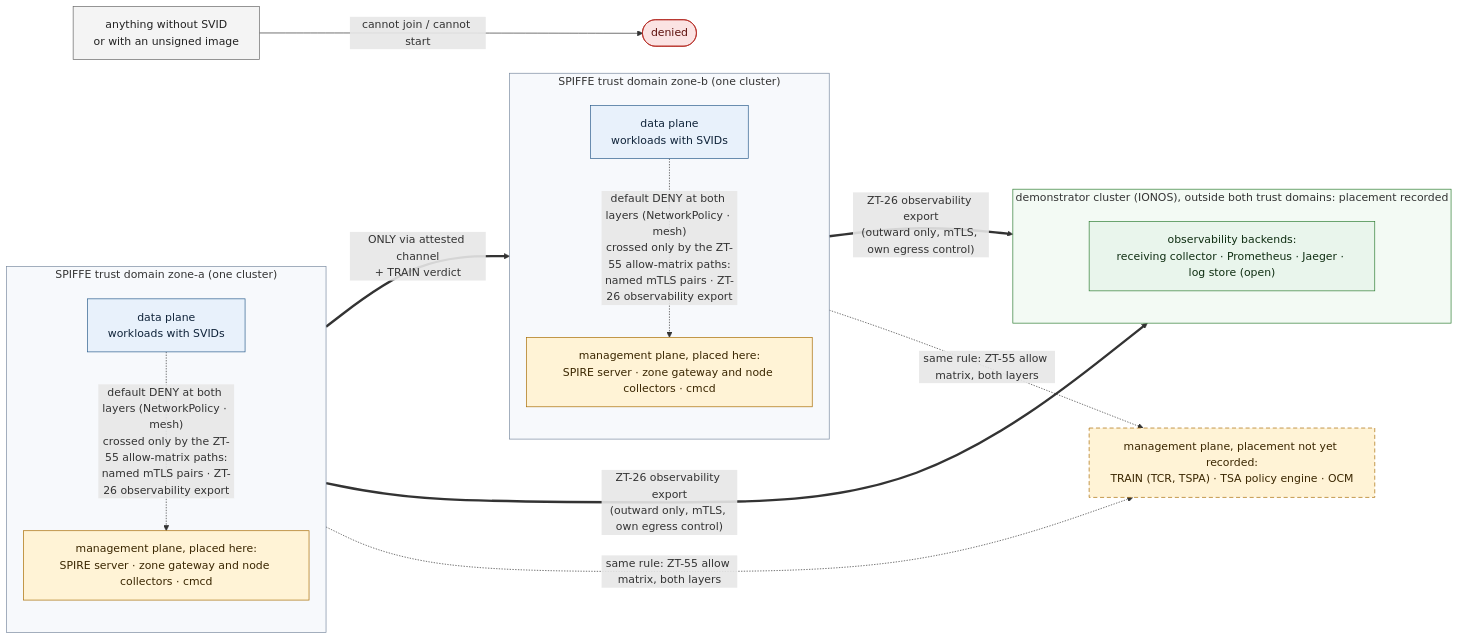
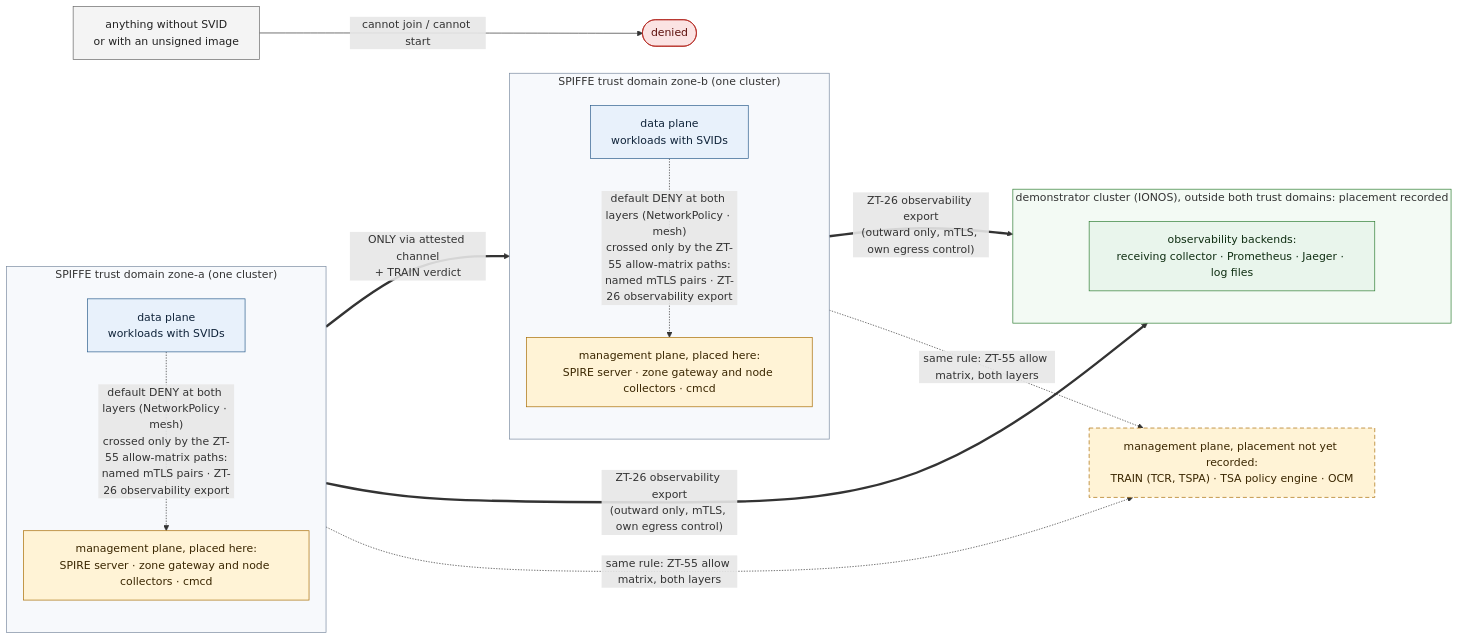
The diagram in docs/diagrams/03-trust-boundaries.mmd (blopes-atals/facis-zero-trust-demonstrator), drawn with Mermaid before and after one commit. The commit also changed 19 other files, not shown here.

First line of the commit message:
Export each zone's logs to files on the demonstrator cluster

```diff
--- a/docs/diagrams/03-trust-boundaries.mmd
+++ b/docs/diagrams/03-trust-boundaries.mmd
@@ -1,55 +1,55 @@
 %% Render: docker run --rm -u "$(id -u):$(id -g)" -v "$PWD/docs/diagrams:/data" minlag/mermaid-cli --no-font-embed -i /data/03-trust-boundaries.mmd -o /data/03-trust-boundaries.svg (or, with a local Chrome: npx -y -p @mermaid-js/mermaid-cli mmdc --no-font-embed -i docs/diagrams/03-trust-boundaries.mmd -o docs/diagrams/03-trust-boundaries.svg)
 %% Diagram 03, trust boundaries. Illustrates ARCHITECTURE section 6; the allow matrix and the bypass list there are the place of record.
 %% Edges are drawn at zone level so that each zone keeps its own top-to-bottom layout (Mermaid ignores a subgraph direction once a node inside it links outside).
 %% --no-font-embed: the embedded webfont is measured before it loads, which clips the widest line of every label in browsers.
 %%{init: {"flowchart": {"nodeSpacing": 30, "rankSpacing": 70, "wrappingWidth": 360}}}%%
 flowchart LR
   accTitle: Diagram 03, trust boundaries between the zones and the planes
   accDescr {
     Two SPIFFE trust domains, zone-a and zone-b, each one cluster. Inside each zone the data-plane workloads, which hold SVIDs, sit next to the management-plane components placed in that zone: the SPIRE server, the zone gateway and node collectors (OpenTelemetry) and cmcd. Calls from the data plane into that management plane are denied by default at both the NetworkPolicy and the mesh layer and are allowed only along the ZT-55 allow-matrix paths: named mTLS pairs and the ZT-26 observability export.
     Zone-a reaches zone-b only through the attested channel plus a TRAIN verdict.
-    The demonstrator cluster (IONOS), outside both trust domains, holds the observability backends: the receiving collector, Prometheus, Jaeger and a log store still open. Each zone exports telemetry to it outward only, a ZT-26 declared bypass with mutual TLS and its own egress control; no edge leads from it into a zone.
+    The demonstrator cluster (IONOS), outside both trust domains, holds the observability backends: the receiving collector, Prometheus, Jaeger and the log files of every zone. Each zone exports telemetry to it outward only, a ZT-26 declared bypass with mutual TLS and its own egress control; no edge leads from it into a zone.
     The management-plane components whose placement is not yet recorded, TRAIN (TCR and TSPA), the TSA policy engine and OCM, are drawn outside both zones; both zones reach them under the same rule, the ZT-55 allow matrix at both layers.
     Anything without an SVID or with an unsigned image is denied: it cannot join or cannot start.
     The allow matrix in architecture section 6 is the place of record for every permitted path.
   }
   classDef data fill:#e8f1fb,stroke:#2b5d8c,color:#10243a
   classDef mgmt fill:#fff3d6,stroke:#a86b00,color:#3a2600
   classDef prov fill:#fff3d6,stroke:#a86b00,stroke-dasharray:6 4,color:#3a2600
   classDef obs fill:#e9f5ec,stroke:#2e7d32,color:#0f2e12
   classDef ext fill:#f4f4f4,stroke:#666,color:#222
   classDef deny fill:#fbe3e3,stroke:#b3261e,color:#5c0f0b
 
   subgraph TD_A["SPIFFE trust domain zone-a (one cluster)"]
     direction TB
     A1["data plane<br/>workloads with SVIDs"]:::data
     A2["management plane, placed here:<br/>SPIRE server · zone gateway and node collectors · cmcd"]:::mgmt
     A1 -. "default DENY at both layers (NetworkPolicy · mesh)<br/>crossed only by the ZT-55 allow-matrix paths:<br/>named mTLS pairs · ZT-26 observability export" .-> A2
   end
   subgraph TD_B["SPIFFE trust domain zone-b (one cluster)"]
     direction TB
     B1["data plane<br/>workloads with SVIDs"]:::data
     B2["management plane, placed here:<br/>SPIRE server · zone gateway and node collectors · cmcd"]:::mgmt
     B1 -. "default DENY at both layers (NetworkPolicy · mesh)<br/>crossed only by the ZT-55 allow-matrix paths:<br/>named mTLS pairs · ZT-26 observability export" .-> B2
   end
   TD_A == "ONLY via attested channel<br/>+ TRAIN verdict" ==> TD_B
   TD_A ~~~ MGMT_P
 
   subgraph DEMO["demonstrator cluster (IONOS), outside both trust domains: placement recorded"]
     direction TB
-    O1["observability backends:<br/>receiving collector · Prometheus · Jaeger · log store (open)"]:::obs
+    O1["observability backends:<br/>receiving collector · Prometheus · Jaeger · log files"]:::obs
   end
   TD_A == "ZT-26 observability export<br/>(outward only, mTLS, own egress control)" ==> DEMO
   TD_B == "ZT-26 observability export<br/>(outward only, mTLS, own egress control)" ==> DEMO
 
   MGMT_P["management plane, placement not yet recorded:<br/>TRAIN (TCR, TSPA) · TSA policy engine · OCM"]:::prov
   TD_A -. "same rule: ZT-55 allow matrix, both layers" .-> MGMT_P
   TD_B -. "same rule: ZT-55 allow matrix, both layers" .-> MGMT_P
 
   EXT["anything without SVID<br/>or with an unsigned image"]:::ext
   X(["denied"]):::deny
   EXT -- "cannot join / cannot start" --> X
 
   style TD_A fill:#f7f9fc,stroke:#7a8aa0
   style TD_B fill:#f7f9fc,stroke:#7a8aa0
   style DEMO fill:#f3faf4,stroke:#2e7d32
```
